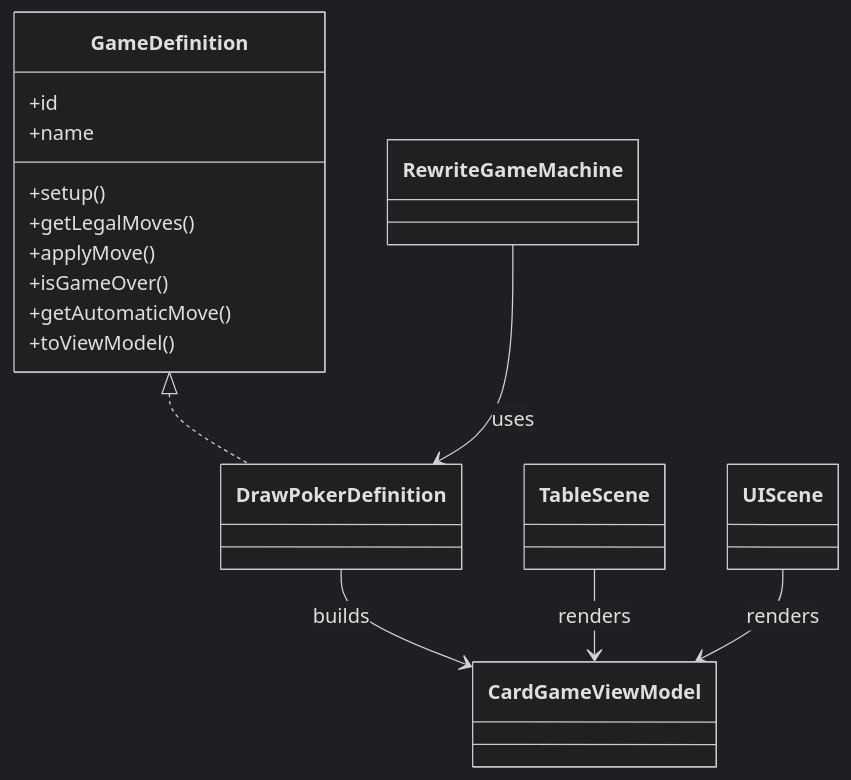
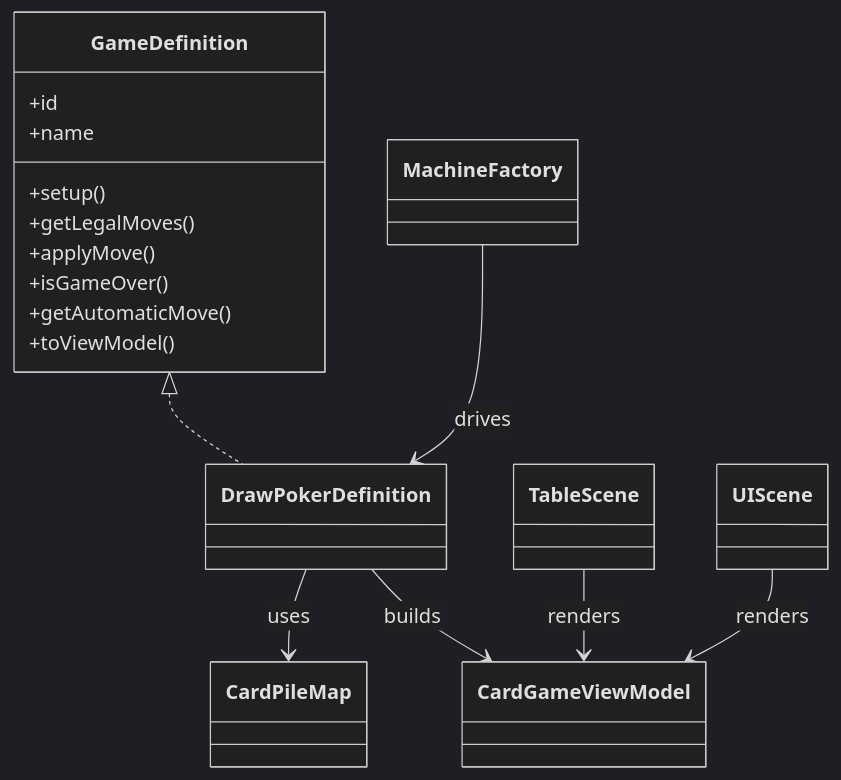
Before and after one commit to yuvala/card-game-platform: the second of 4 diagrams in docs/rewrite-architecture.md, drawn with Mermaid (dark theme). The commit also changed other lines of this file and 6 other files, not shown here.

````diff
--- a/docs/rewrite-architecture.md
+++ b/docs/rewrite-architecture.md
@@ -98,25 +132,27 @@
 ```mermaid
 classDiagram
     class GameDefinition {
         +id
         +name
         +setup()
         +getLegalMoves()
         +applyMove()
         +isGameOver()
         +getAutomaticMove()
         +toViewModel()
     }
 
     class DrawPokerDefinition
-    class RewriteGameMachine
+    class MachineFactory
+    class CardPileMap
     class CardGameViewModel
     class TableScene
     class UIScene
 
     GameDefinition <|.. DrawPokerDefinition
-    RewriteGameMachine --> DrawPokerDefinition : uses
+    DrawPokerDefinition --> CardPileMap : uses
+    MachineFactory --> DrawPokerDefinition : drives
     DrawPokerDefinition --> CardGameViewModel : builds
     TableScene --> CardGameViewModel : renders
     UIScene --> CardGameViewModel : renders
 ```
````
